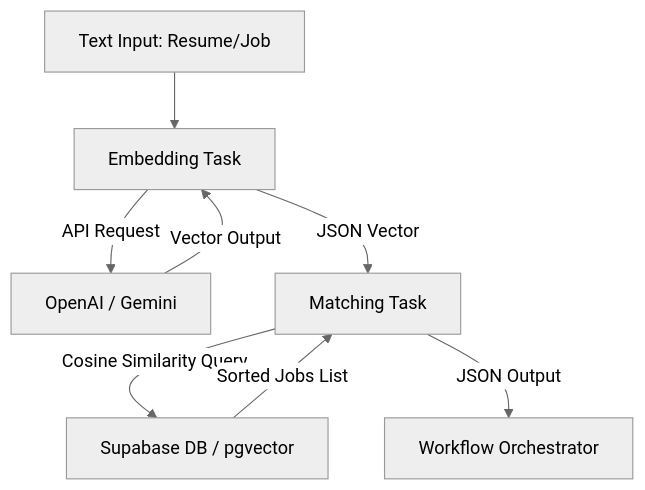
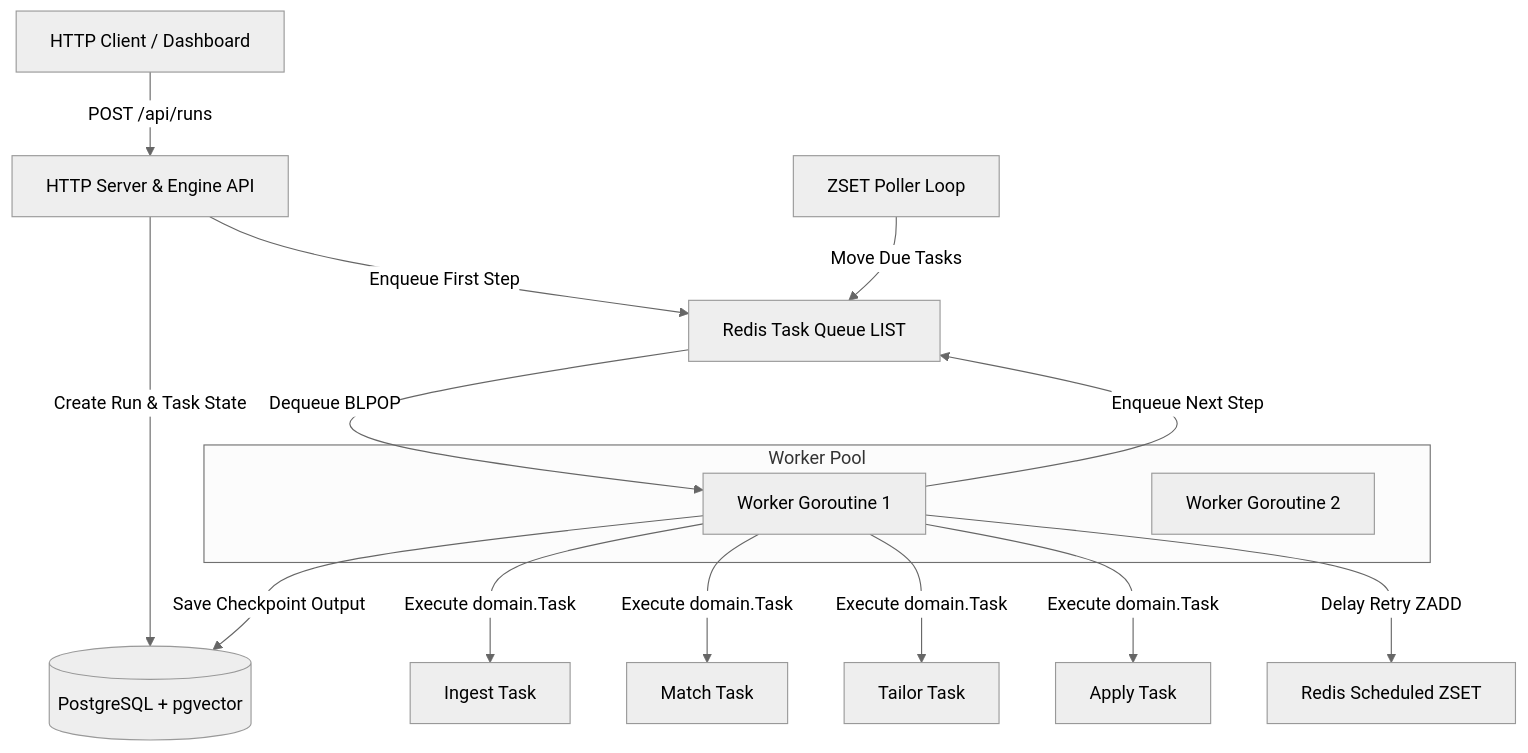
Before and after one commit to jadonsanchay/Orchid: the diagram in README.md, drawn with Mermaid (neutral theme). The commit also changed other lines of this file and 31 other files, not shown here.

Commit message:
Implement fault-tolerant workflow orchestrator engine, concrete job tasks, REST API, and visual tracking dashboard

````diff
--- a/README.md
+++ b/README.md
@@ -20,10 +24,23 @@
 ```mermaid
 graph TD
-    A[Text Input: Resume/Job] --> B[Embedding Task]
-    B -->|API Request| C[OpenAI / Gemini]
-    C -->|Vector Output| B
-    B -->|JSON Vector| D[Matching Task]
-    D -->|Cosine Similarity Query| E[Supabase DB / pgvector]
-    E -->|Sorted Jobs List| D
-    D -->|JSON Output| F[Workflow Orchestrator]
+    User[HTTP Client / Dashboard] -->|POST /api/runs| Server[HTTP Server & Engine API]
+    Server -->|Create Run & Task State| DB[(PostgreSQL + pgvector)]
+    Server -->|Enqueue First Step| RedisQueue[Redis Task Queue LIST]
+    
+    subgraph Worker Pool
+        Worker1[Worker Goroutine 1]
+        Worker2[Worker Goroutine 2]
+    end
+    
+    RedisQueue -->|Dequeue BLPOP| Worker1
+    Worker1 -->|Execute domain.Task| IngestTask[Ingest Task]
+    Worker1 -->|Execute domain.Task| MatchTask[Match Task]
+    Worker1 -->|Execute domain.Task| TailorTask[Tailor Task]
+    Worker1 -->|Execute domain.Task| ApplyTask[Apply Task]
+    
+    Worker1 -->|Save Checkpoint Output| DB
+    Worker1 -->|Enqueue Next Step| RedisQueue
+    Worker1 -->|Delay Retry ZADD| RedisZSet[Redis Scheduled ZSET]
+    
+    RedisScheduler[ZSET Poller Loop] -->|Move Due Tasks| RedisQueue
 ```
````
